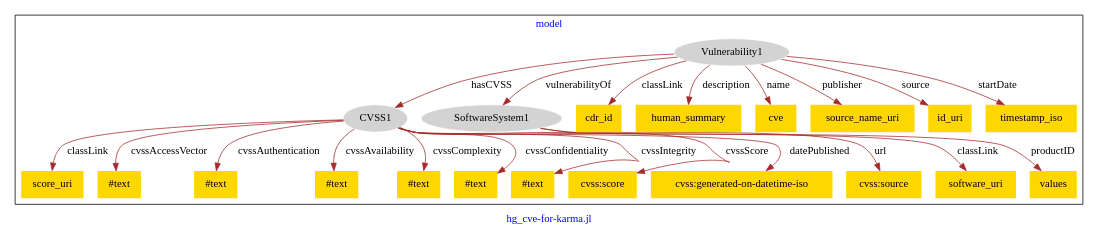
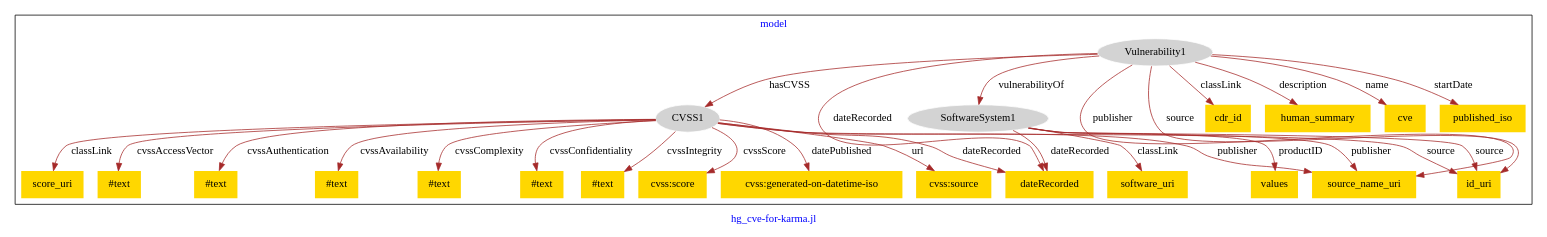
The diagram in models/hg-cve/hg_cve-model.dot (usc-isi-i2/effect-alignment), drawn with Graphviz before and after one commit.

Commit message:
Update file hg_cve-model.dot

```diff
--- a/models/hg-cve/hg_cve-model.dot
+++ b/models/hg-cve/hg_cve-model.dot
@@ -1,49 +1,57 @@
 digraph n0 {
 fontcolor="blue"
 remincross="true"
 label="hg_cve-for-karma.jl"
 subgraph cluster {
 label="model"
 n2[style="filled",color="white",fillcolor="lightgray",label="CVSS1"];
 n3[shape="plaintext",style="filled",fillcolor="gold",label="score_uri"];
 n4[shape="plaintext",style="filled",fillcolor="gold",label="#text"];
 n5[shape="plaintext",style="filled",fillcolor="gold",label="#text"];
 n6[shape="plaintext",style="filled",fillcolor="gold",label="#text"];
 n7[shape="plaintext",style="filled",fillcolor="gold",label="#text"];
 n8[shape="plaintext",style="filled",fillcolor="gold",label="#text"];
 n9[shape="plaintext",style="filled",fillcolor="gold",label="#text"];
 n10[shape="plaintext",style="filled",fillcolor="gold",label="cvss:score"];
-n11[shape="plaintext",style="filled",fillcolor="gold",label="cvss:generated-on-datetime-iso"];
-n12[shape="plaintext",style="filled",fillcolor="gold",label="cvss:source"];
-n13[style="filled",color="white",fillcolor="lightgray",label="SoftwareSystem1"];
-n14[shape="plaintext",style="filled",fillcolor="gold",label="software_uri"];
-n15[shape="plaintext",style="filled",fillcolor="gold",label="values"];
-n16[style="filled",color="white",fillcolor="lightgray",label="Vulnerability1"];
-n17[shape="plaintext",style="filled",fillcolor="gold",label="cdr_id"];
-n18[shape="plaintext",style="filled",fillcolor="gold",label="human_summary"];
-n19[shape="plaintext",style="filled",fillcolor="gold",label="cve"];
-n20[shape="plaintext",style="filled",fillcolor="gold",label="source_name_uri"];
-n21[shape="plaintext",style="filled",fillcolor="gold",label="id_uri"];
-n22[shape="plaintext",style="filled",fillcolor="gold",label="timestamp_iso"];
+n11[shape="plaintext",style="filled",fillcolor="gold",label="dateRecorded"];
+n12[shape="plaintext",style="filled",fillcolor="gold",label="cvss:generated-on-datetime-iso"];
+n13[shape="plaintext",style="filled",fillcolor="gold",label="cvss:source"];
+n14[style="filled",color="white",fillcolor="lightgray",label="SoftwareSystem1"];
+n15[shape="plaintext",style="filled",fillcolor="gold",label="software_uri"];
+n16[shape="plaintext",style="filled",fillcolor="gold",label="values"];
+n17[shape="plaintext",style="filled",fillcolor="gold",label="source_name_uri"];
+n18[shape="plaintext",style="filled",fillcolor="gold",label="id_uri"];
+n19[style="filled",color="white",fillcolor="lightgray",label="Vulnerability1"];
+n20[shape="plaintext",style="filled",fillcolor="gold",label="cdr_id"];
+n21[shape="plaintext",style="filled",fillcolor="gold",label="human_summary"];
+n22[shape="plaintext",style="filled",fillcolor="gold",label="cve"];
+n23[shape="plaintext",style="filled",fillcolor="gold",label="published_iso"];
 }
 n2 -> n3[color="brown",fontcolor="black",label="classLink"]
 n2 -> n4[color="brown",fontcolor="black",label="cvssAccessVector"]
 n2 -> n5[color="brown",fontcolor="black",label="cvssAuthentication"]
 n2 -> n6[color="brown",fontcolor="black",label="cvssAvailability"]
 n2 -> n7[color="brown",fontcolor="black",label="cvssComplexity"]
 n2 -> n8[color="brown",fontcolor="black",label="cvssConfidentiality"]
 n2 -> n9[color="brown",fontcolor="black",label="cvssIntegrity"]
 n2 -> n10[color="brown",fontcolor="black",label="cvssScore"]
-n2 -> n11[color="brown",fontcolor="black",label="datePublished"]
-n2 -> n12[color="brown",fontcolor="black",label="url"]
-n13 -> n14[color="brown",fontcolor="black",label="classLink"]
-n13 -> n15[color="brown",fontcolor="black",label="productID"]
-n16 -> n17[color="brown",fontcolor="black",label="classLink"]
-n16 -> n2[color="brown",fontcolor="black",label="hasCVSS"]
-n16 -> n13[color="brown",fontcolor="black",label="vulnerabilityOf"]
-n16 -> n18[color="brown",fontcolor="black",label="description"]
-n16 -> n19[color="brown",fontcolor="black",label="name"]
-n16 -> n20[color="brown",fontcolor="black",label="publisher"]
-n16 -> n21[color="brown",fontcolor="black",label="source"]
-n16 -> n22[color="brown",fontcolor="black",label="startDate"]
+n2 -> n11[color="brown",fontcolor="black",label="dateRecorded"]
+n2 -> n12[color="brown",fontcolor="black",label="datePublished"]
+n2 -> n13[color="brown",fontcolor="black",label="url"]
+n14 -> n15[color="brown",fontcolor="black",label="classLink"]
+n14 -> n11[color="brown",fontcolor="black",label="dateRecorded"]
+n14 -> n16[color="brown",fontcolor="black",label="productID"]
+n14 -> n17[color="brown",fontcolor="black",label="publisher"]
+n14 -> n18[color="brown",fontcolor="black",label="source"]
+n19 -> n20[color="brown",fontcolor="black",label="classLink"]
+n19 -> n11[color="brown",fontcolor="black",label="dateRecorded"]
+n19 -> n21[color="brown",fontcolor="black",label="description"]
+n19 -> n22[color="brown",fontcolor="black",label="name"]
+n19 -> n23[color="brown",fontcolor="black",label="startDate"]
+n19 -> n2[color="brown",fontcolor="black",label="hasCVSS"]
+n2 -> n18[color="brown",fontcolor="black",label="source"]
+n19 -> n14[color="brown",fontcolor="black",label="vulnerabilityOf"]
+n2 -> n17[color="brown",fontcolor="black",label="publisher"]
+n19 -> n17[color="brown",fontcolor="black",label="publisher"]
+n19 -> n18[color="brown",fontcolor="black",label="source"]
 }
```
